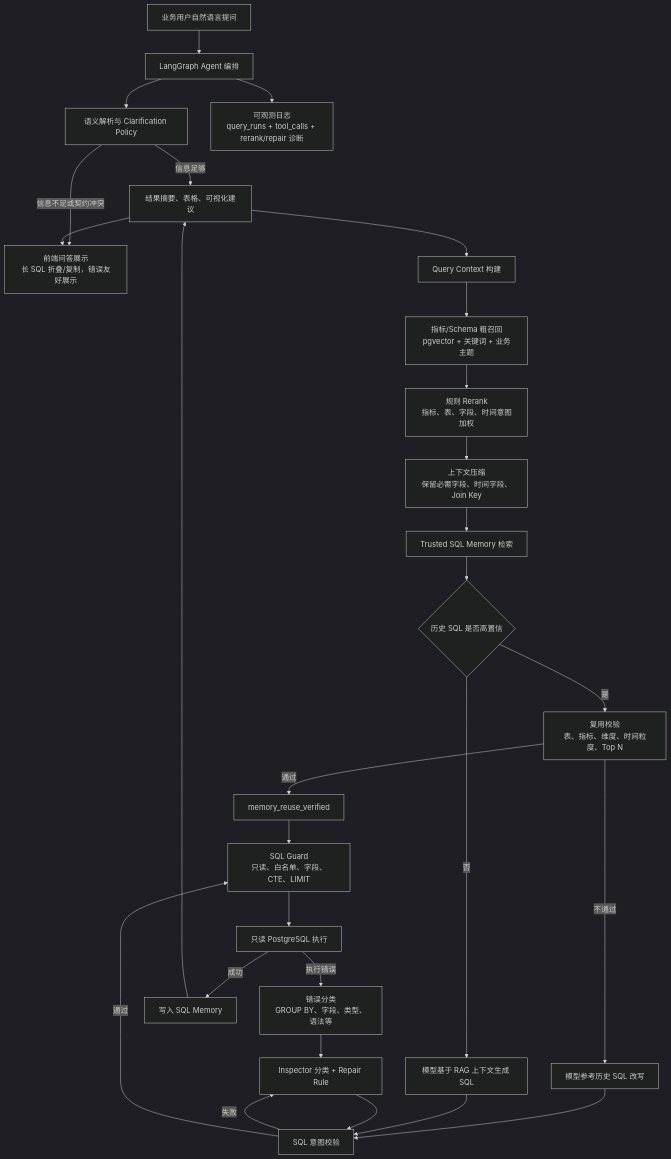
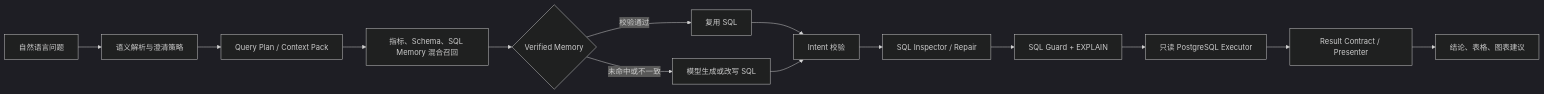
Before and after one commit to sheng143998/local-data-analysis-agent: the diagram in README.md, drawn with Mermaid (dark theme). The commit also changed other lines of this file and 2 other files, not shown here.

````diff
--- a/README.md
+++ b/README.md
@@ -23,30 +31,16 @@
 ```mermaid
-flowchart TD
-  A["业务用户自然语言提问"] --> B["LangGraph Agent 编排"]
-  B --> S["语义解析与 Clarification Policy"]
-  S -->|信息不足或契约冲突| Q["模型生成自然澄清"]
-  S -->|信息足够| P["Query Plan"]
-  P --> C["Query Context 构建"]
-  C --> C1["指标/Schema 粗召回<br/>pgvector + 关键词 + 业务主题"]
-  C1 --> C2["规则 Rerank<br/>指标、表、字段、时间意图加权"]
-  C2 --> C3["上下文压缩<br/>保留必需字段、时间字段、Join Key"]
-  C3 --> D["Trusted SQL Memory 检索"]
-  D --> E{"历史 SQL 是否高置信"}
-  E -->|是| F["复用校验<br/>表、指标、维度、时间粒度、Top N"]
-  F -->|通过| G["memory_reuse_verified"]
-  F -->|不通过| H["模型参考历史 SQL 改写"]
-  E -->|否| I["模型基于 RAG 上下文生成 SQL"]
-  H --> J["SQL 意图校验"]
-  I --> J
-  G --> K["SQL Guard<br/>只读、白名单、字段、CTE、LIMIT"]
-  J -->|失败| L["Inspector 分类 + Repair Rule"]
-  L --> J
-  J -->|通过| K
-  K --> M["只读 PostgreSQL 执行"]
-  M -->|执行错误| N["错误分类<br/>GROUP BY、字段、类型、语法等"]
-  N --> L
-  M -->|成功| O["写入 SQL Memory"]
-  O --> P["结果摘要、表格、可视化建议"]
-  P --> Q["前端问答展示<br/>长 SQL 折叠/复制，错误友好展示"]
-  B --> R["可观测日志<br/>query_runs + tool_calls + rerank/repair 诊断"]
+flowchart LR
+    A[自然语言问题] --> B[语义解析与澄清策略]
+    B --> C[Query Plan / Context Pack]
+    C --> D[指标、Schema、SQL Memory 混合召回]
+    D --> E{Verified Memory}
+    E -->|校验通过| F[复用 SQL]
+    E -->|未命中或不一致| G[模型生成或改写 SQL]
+    F --> H[Intent 校验]
+    G --> H
+    H --> I[SQL Inspector / Repair]
+    I --> J[SQL Guard + EXPLAIN]
+    J --> K[只读 PostgreSQL Executor]
+    K --> L[Result Contract / Presenter]
+    L --> M[结论、表格、图表建议]
 ```
````
